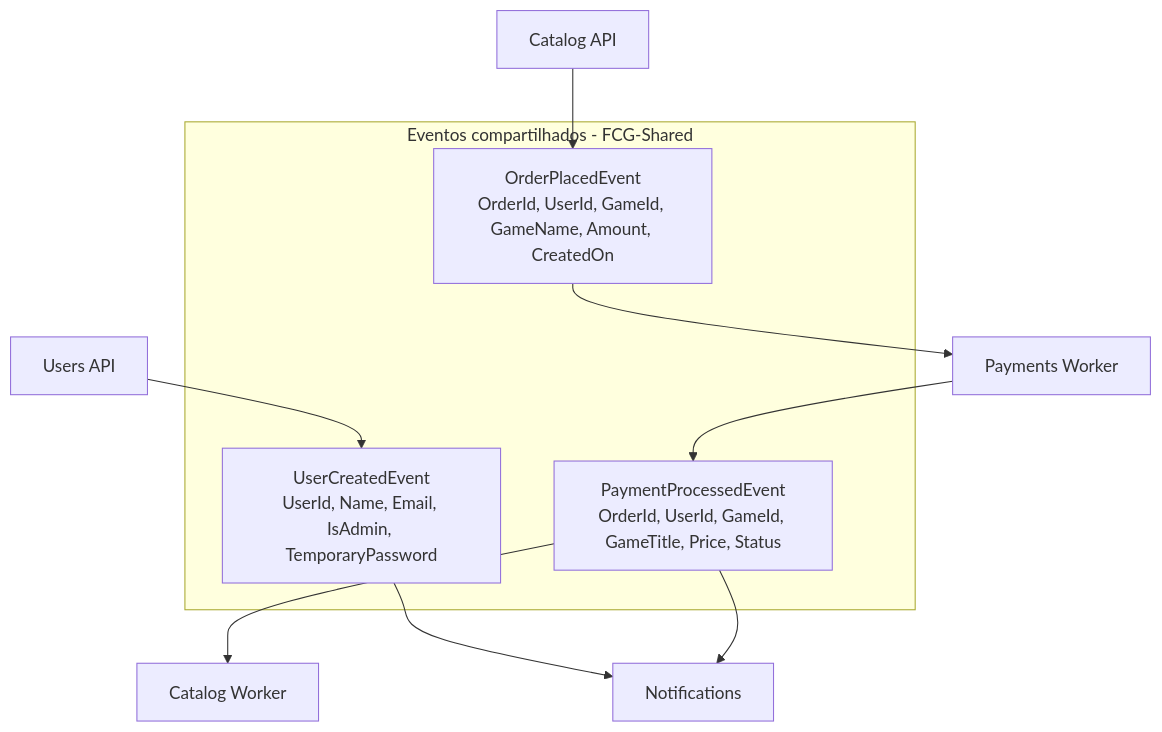
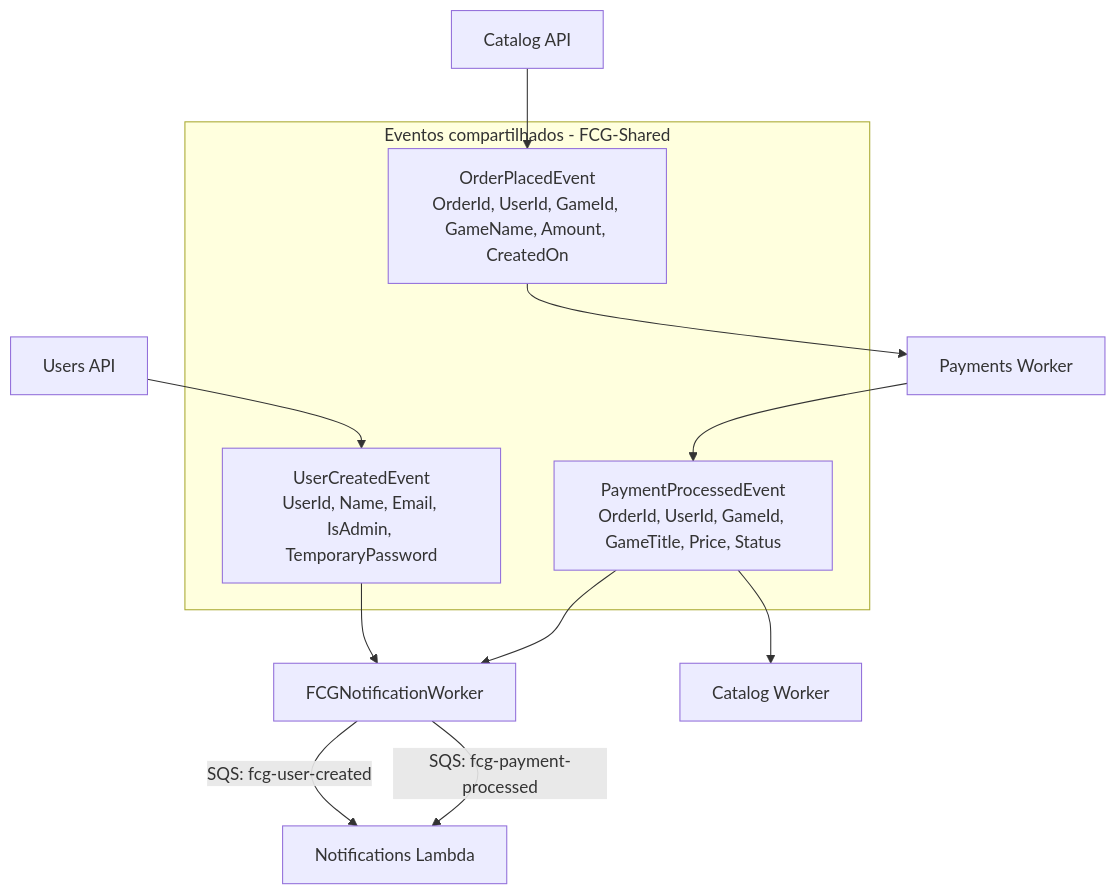
One commit to IgorAnthonyy/FIAP-Cloud-Games changed the third of 5 diagrams in docs/arquitetura-microservicos.md. Above: the diagram before and after it, drawn with Mermaid. The commit also changed other lines of this file, not shown here.

````diff
--- a/docs/arquitetura-microservicos.md
+++ b/docs/arquitetura-microservicos.md
@@ -156,17 +207,20 @@
 ```mermaid
 flowchart TD
     subgraph events[Eventos compartilhados - FCG-Shared]
         userCreated[UserCreatedEvent<br/>UserId, Name, Email, IsAdmin, TemporaryPassword]
         orderPlaced[OrderPlacedEvent<br/>OrderId, UserId, GameId, GameName, Amount, CreatedOn]
         paymentProcessed[PaymentProcessedEvent<br/>OrderId, UserId, GameId, GameTitle, Price, Status]
     end
 
     users[Users API] --> userCreated
     catalog[Catalog API] --> orderPlaced
     payments[Payments Worker] --> paymentProcessed
 
-    userCreated --> notifications[Notifications]
+    userCreated --> forwarder[FCGNotificationWorker]
     orderPlaced --> payments
     paymentProcessed --> catalogWorker[Catalog Worker]
-    paymentProcessed --> notifications
+    paymentProcessed --> forwarder
+
+    forwarder -- SQS: fcg-user-created --> notifications[Notifications Lambda]
+    forwarder -- SQS: fcg-payment-processed --> notifications
 ```
````
